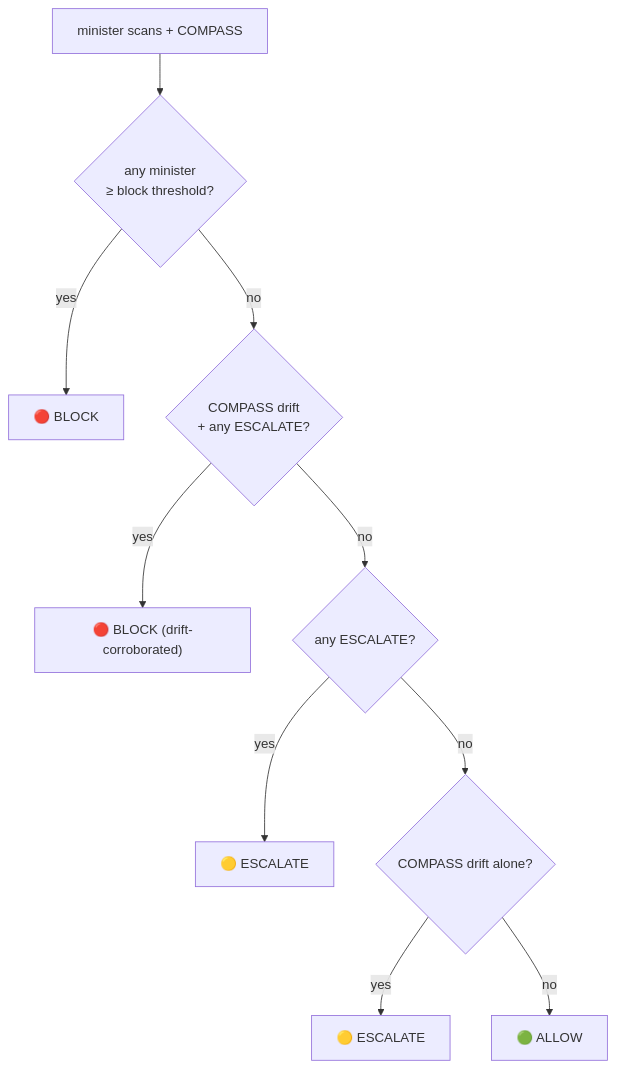
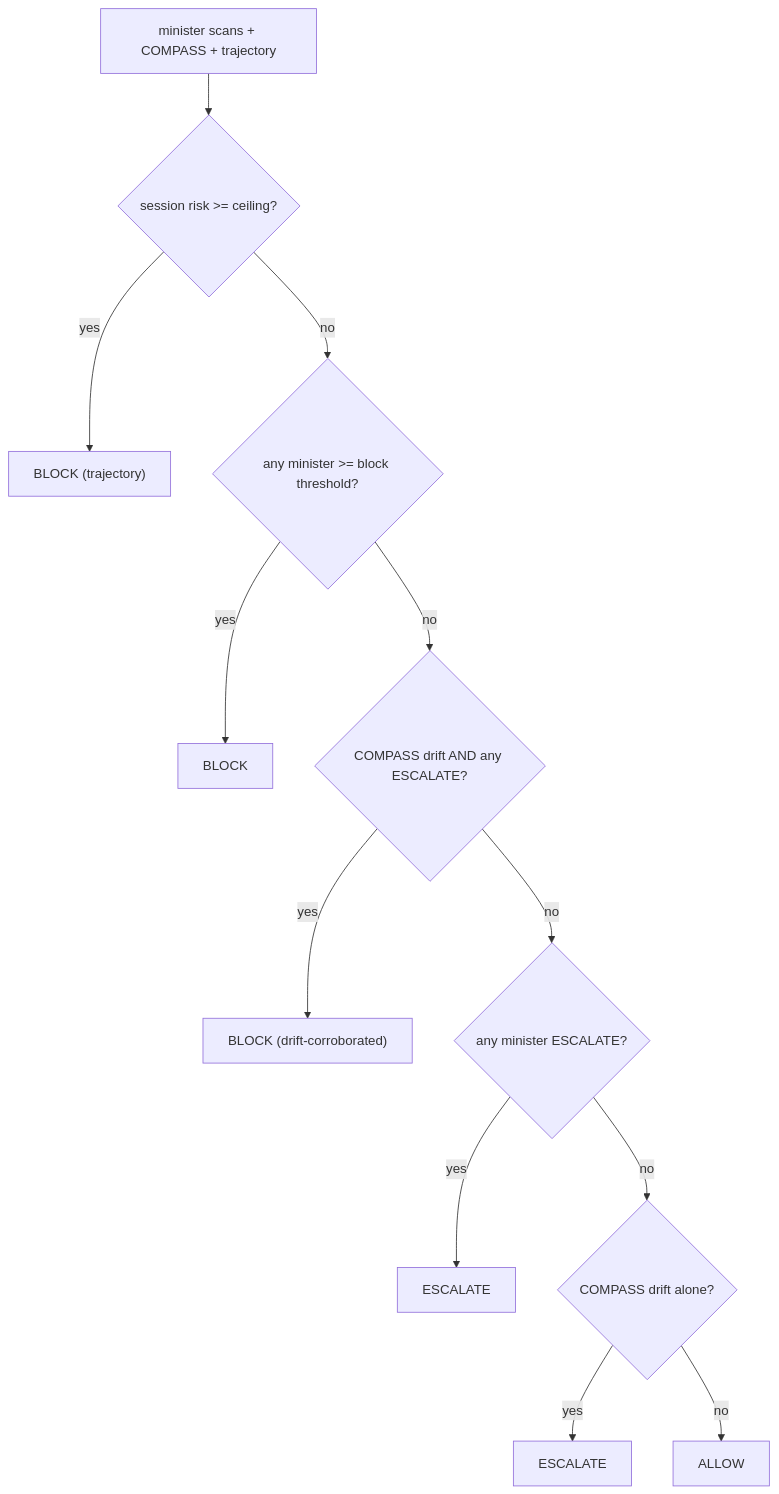
One commit to Ishani018/Kavach changed the second of 5 diagrams in README.md. Above: the diagram before and after it, drawn with Mermaid. The commit also changed other lines of this file, not shown here.

````diff
--- a/README.md
+++ b/README.md
@@ -242,12 +69,14 @@
 ```mermaid
 flowchart TD
-  START["minister scans + COMPASS"] --> C1{"any minister<br/>≥ block threshold?"}
-  C1 -->|yes| BLOCK1["🔴 BLOCK"]
-  C1 -->|no| C2{"COMPASS drift<br/>+ any ESCALATE?"}
-  C2 -->|yes| BLOCK2["🔴 BLOCK (drift-corroborated)"]
-  C2 -->|no| C3{"any ESCALATE?"}
-  C3 -->|yes| ESC["🟡 ESCALATE"]
+  START["minister scans + COMPASS + trajectory"] --> C0{"session risk >= ceiling?"}
+  C0 -->|yes| B0["BLOCK (trajectory)"]
+  C0 -->|no| C1{"any minister >= block threshold?"}
+  C1 -->|yes| B1["BLOCK"]
+  C1 -->|no| C2{"COMPASS drift AND any ESCALATE?"}
+  C2 -->|yes| B2["BLOCK (drift-corroborated)"]
+  C2 -->|no| C3{"any minister ESCALATE?"}
+  C3 -->|yes| E1["ESCALATE"]
   C3 -->|no| C4{"COMPASS drift alone?"}
-  C4 -->|yes| ESC2["🟡 ESCALATE"]
-  C4 -->|no| ALLOW["🟢 ALLOW"]
+  C4 -->|yes| E2["ESCALATE"]
+  C4 -->|no| AL["ALLOW"]
 ```
````
